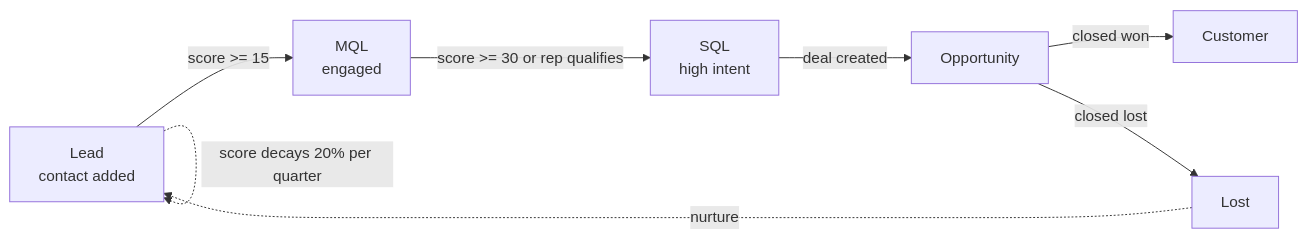
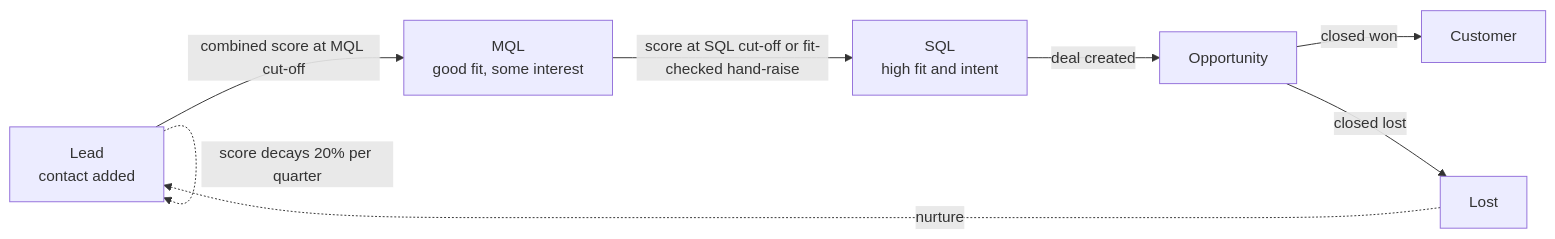
One commit to rbanola1/RevOps-Portfolio changed the first of 2 diagrams in 01-sales-kpi-dashboard/diagrams/funnel_lifecycle.md. Above: the diagram before and after it, drawn with Mermaid. The commit also changed 64 other files, not shown here.

````diff
--- a/01-sales-kpi-dashboard/diagrams/funnel_lifecycle.md
+++ b/01-sales-kpi-dashboard/diagrams/funnel_lifecycle.md
@@ -3,10 +3,10 @@
 ```mermaid
 flowchart LR
-    L[Lead<br/>contact added] -->|score >= 15| M[MQL<br/>engaged]
-    M -->|score >= 30 or rep qualifies| S[SQL<br/>high intent]
+    L[Lead<br/>contact added] -->|combined score at MQL cut-off| M[MQL<br/>good fit, some interest]
+    M -->|score at SQL cut-off or fit-checked hand-raise| S[SQL<br/>high fit and intent]
     S -->|deal created| O[Opportunity]
     O -->|closed won| C[Customer]
     O -->|closed lost| X[Lost]
     L -.->|score decays 20% per quarter| L
     X -.->|nurture| L
 ```
````
